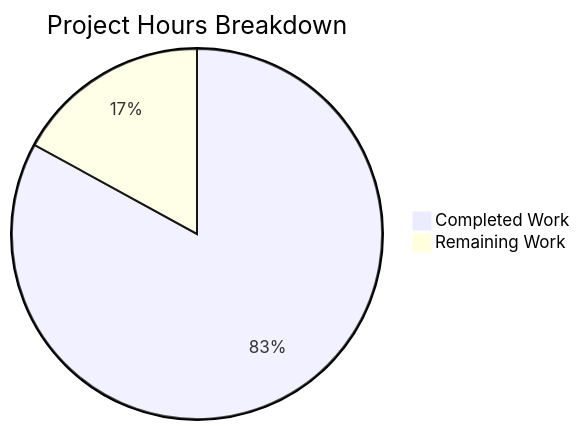
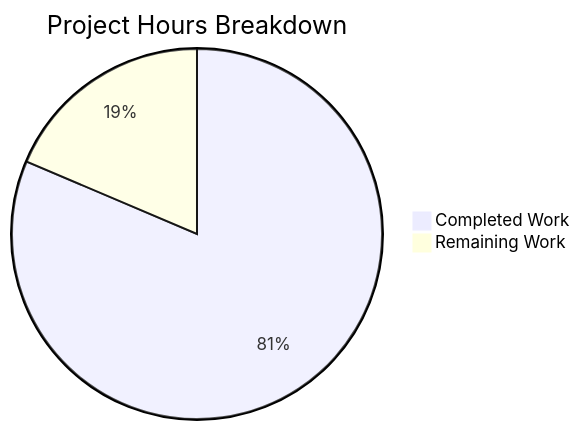
Before and after one commit to sudhanshu-spec/test-spec: the diagram in blitzy/documentation/Project Guide.md, drawn with Mermaid. The commit also changed other lines of this file, not shown here.

````diff
--- a/blitzy/documentation/Project Guide.md
+++ b/blitzy/documentation/Project Guide.md
@@ -29,5 +35,5 @@
 ```mermaid
 pie title Project Hours Breakdown
-    "Completed Work" : 39
+    "Completed Work" : 35
     "Remaining Work" : 8
 ```
````
